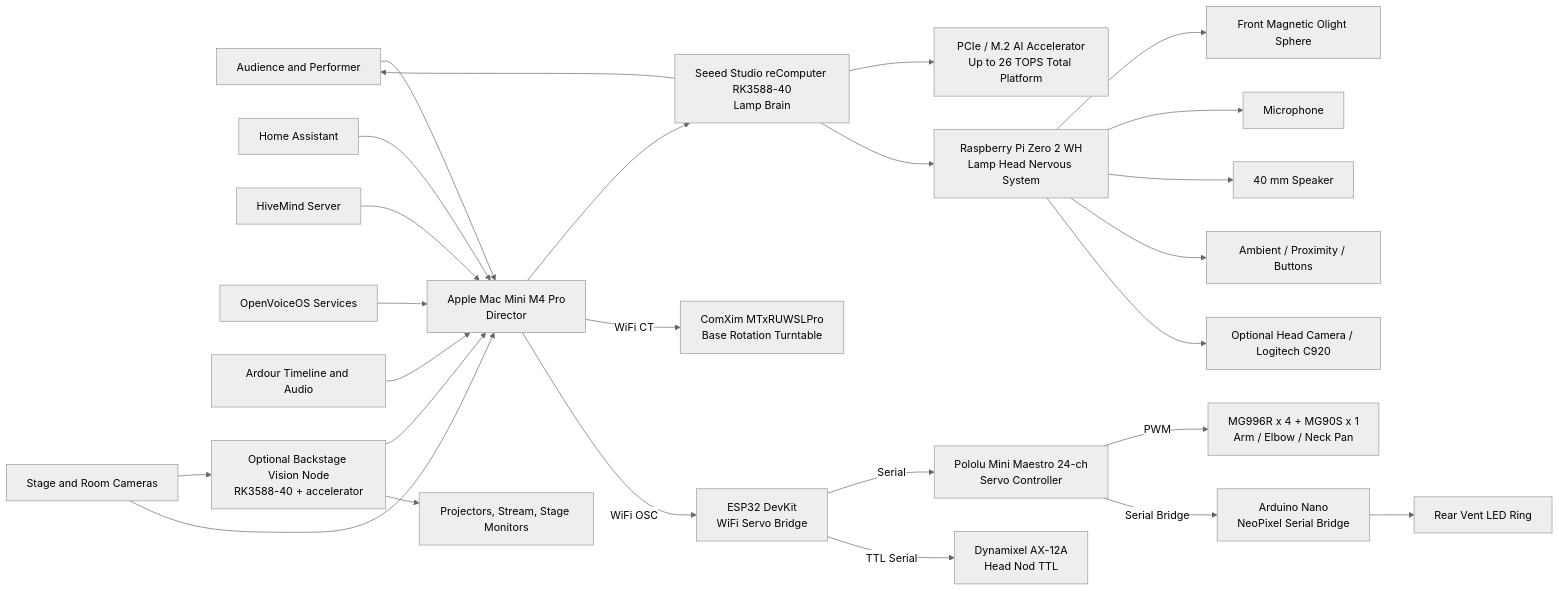
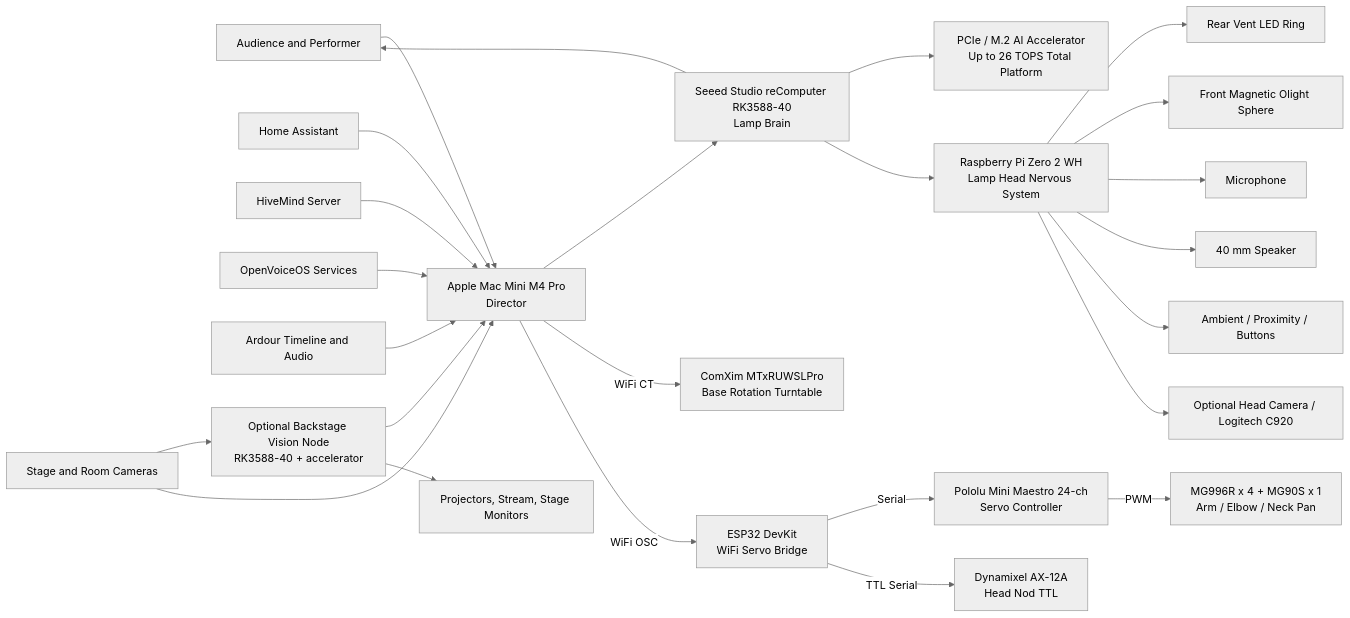
The diagram in docs/architecture/ARCHITECTURE.md (vanHeemstraPictures/pixstars), drawn with Mermaid (neutral theme) before and after one commit. The commit also changed other lines of this file and 2 other files, not shown here.

First line of the commit message:
docs: Remove Arduino Nano, move LED ring to Pi Zero 2 WH GPIO direct dri

````diff
--- a/docs/architecture/ARCHITECTURE.md
+++ b/docs/architecture/ARCHITECTURE.md
@@ -22,58 +22,56 @@
 ```mermaid
 flowchart LR
     Audience[Audience and Performer]
     Cameras[Stage and Room Cameras]
     Visuals[Projectors, Stream, Stage Monitors]
 
     Mac[Apple Mac Mini M4 Pro\nDirector]
     HA[Home Assistant]
     HV[HiveMind Server]
     OV[OpenVoiceOS Services]
     Ardour[Ardour Timeline and Audio]
 
     RK[Seeed Studio reComputer RK3588-40\nLamp Brain]
     ACC[PCIe / M.2 AI Accelerator\nUp to 26 TOPS Total Platform]
     Pi[Raspberry Pi Zero 2 WH\nLamp Head Nervous System]
 
     ComXim[ComXim MTxRUWSLPro\nBase Rotation Turntable]
     ESP[ESP32 DevKit\nWiFi Servo Bridge]
     Maestro[Pololu Mini Maestro 24-ch\nServo Controller]
     AX[Dynamixel AX-12A\nHead Nod TTL]
-    Nano[Arduino Nano\nNeoPixel Serial Bridge]
     ArmServos[MG996R x 4 + MG90S x 1\nArm / Elbow / Neck Pan]
 
     RearRing[Rear Vent LED Ring]
     FrontBulb[Front Magnetic Olight Sphere]
     Mic[Microphone]
     Speaker[40 mm Speaker]
     Sensors[Ambient / Proximity / Buttons]
     Camera[Optional Head Camera / Logitech C920]
 
     Vision[Optional Backstage Vision Node\nRK3588-40 + accelerator]
 
     Audience --> Mac
     Cameras --> Vision
     Cameras --> Mac
     Mac --> RK
     Mac -- WiFi CT --> ComXim
     Mac -- WiFi OSC --> ESP
     HA --> Mac
     HV --> Mac
     OV --> Mac
     Ardour --> Mac
     RK --> ACC
     RK --> Pi
     ESP -- Serial --> Maestro
     ESP -- TTL Serial --> AX
     Maestro -- PWM --> ArmServos
-    Maestro -- Serial Bridge --> Nano
-    Nano --> RearRing
+    Pi --> RearRing
     Pi --> FrontBulb
     Pi --> Mic
     Pi --> Speaker
     Pi --> Sensors
     Pi --> Camera
     Vision --> Mac
     Vision --> Visuals
     RK --> Audience
 ```
````
